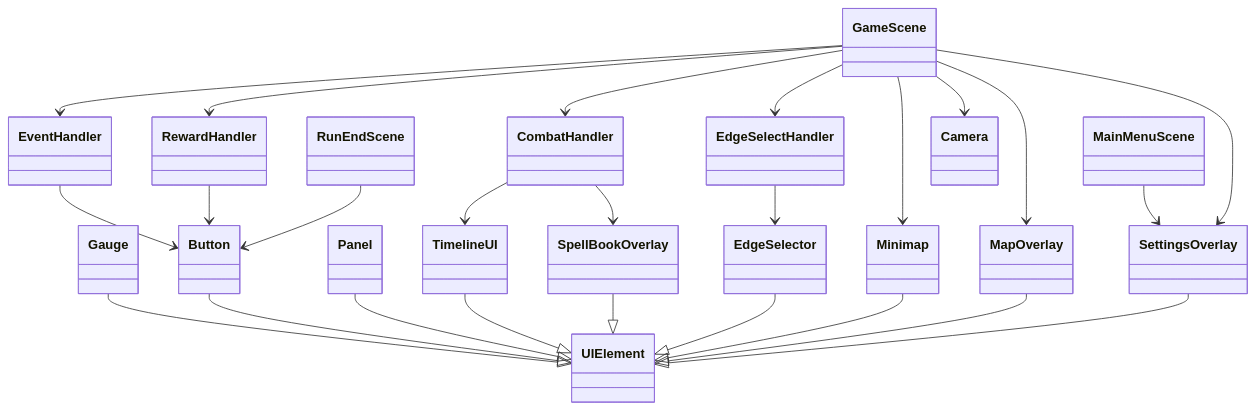
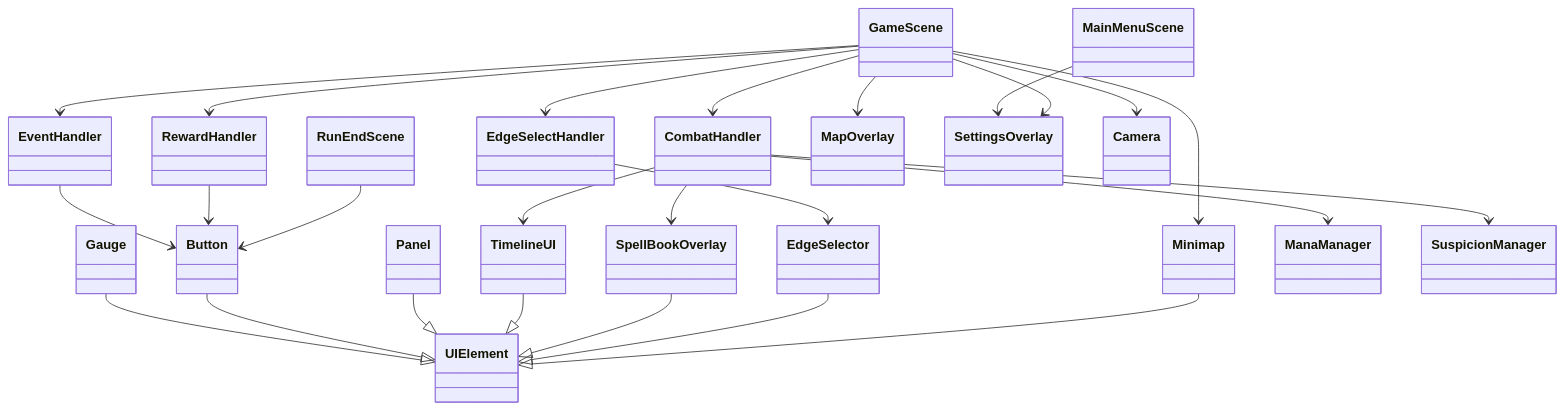
One commit to rlatndud9090/frdy changed the sixth of 6 diagrams in CLASS_DIAGRAM.md. Above: the diagram before and after it, drawn with Mermaid. The commit also changed other lines of this file, not shown here.

Commit message:
docs(core): CLASS_DIAGRAM 관계 정정

````diff
--- a/CLASS_DIAGRAM.md
+++ b/CLASS_DIAGRAM.md
@@ -179,49 +176,49 @@
 ```mermaid
 classDiagram
   class MainMenuScene
   class GameScene
   class RunEndScene
   class CombatHandler
   class EventHandler
   class EdgeSelectHandler
   class RewardHandler
 
   class UIElement
   class Gauge
   class Button
   class Panel
   class TimelineUI
   class SpellBookOverlay
   class EdgeSelector
   class Minimap
   class MapOverlay
   class SettingsOverlay
   class Camera
 
   CombatHandler --> TimelineUI
   CombatHandler --> SpellBookOverlay
+  CombatHandler --> ManaManager
+  CombatHandler --> SuspicionManager
   EventHandler --> Button
   RewardHandler --> Button
   EdgeSelectHandler --> EdgeSelector
 
   Gauge --|> UIElement
   Button --|> UIElement
   Panel --|> UIElement
   TimelineUI --|> UIElement
   SpellBookOverlay --|> UIElement
   EdgeSelector --|> UIElement
   Minimap --|> UIElement
-  MapOverlay --|> UIElement
-  SettingsOverlay --|> UIElement
 
   MainMenuScene --> SettingsOverlay
   GameScene --> CombatHandler
   GameScene --> EventHandler
   GameScene --> EdgeSelectHandler
   GameScene --> RewardHandler
   GameScene --> Minimap
   GameScene --> MapOverlay
   GameScene --> SettingsOverlay
   GameScene --> Camera
   RunEndScene --> Button
 ```
````
